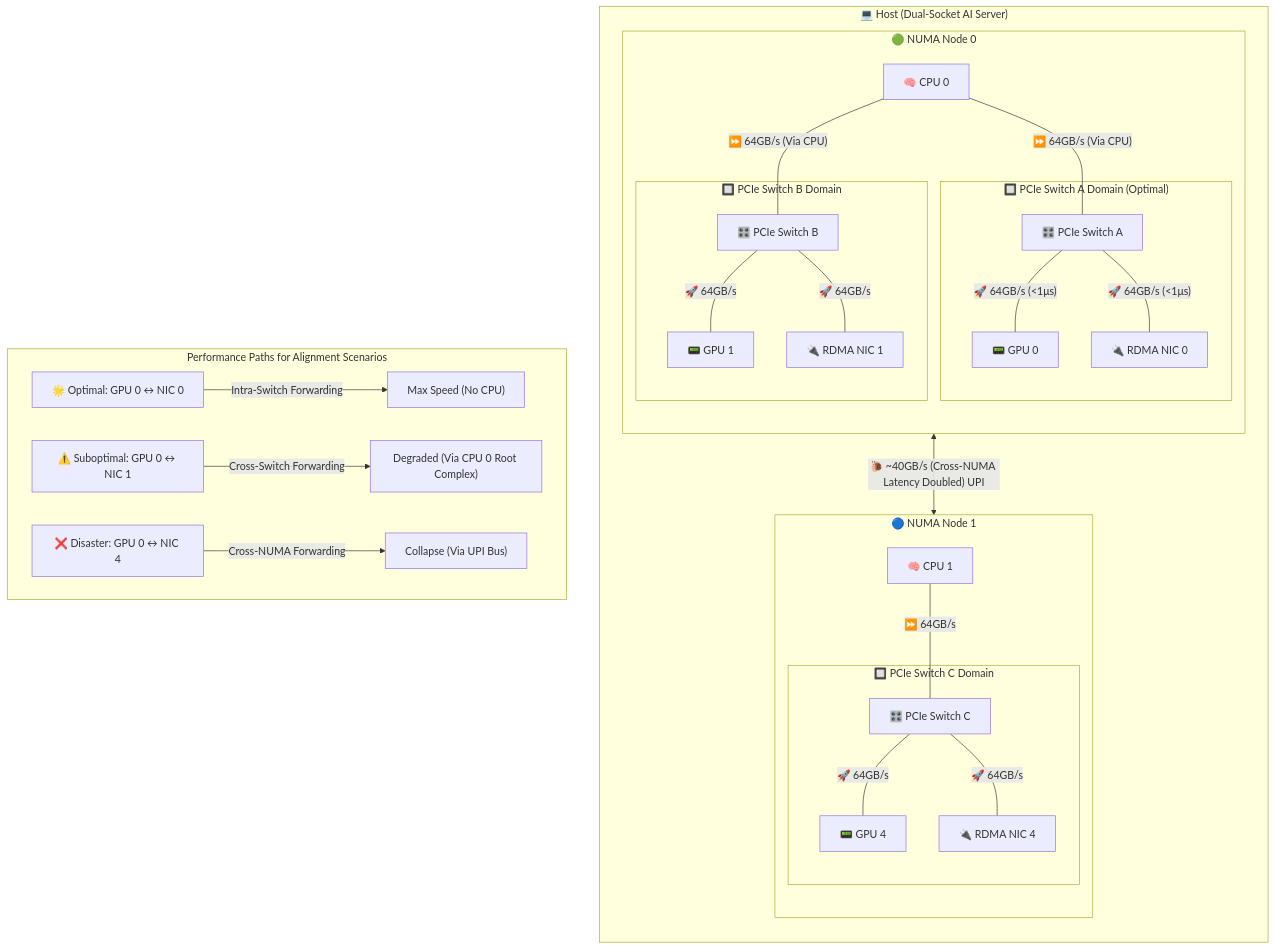
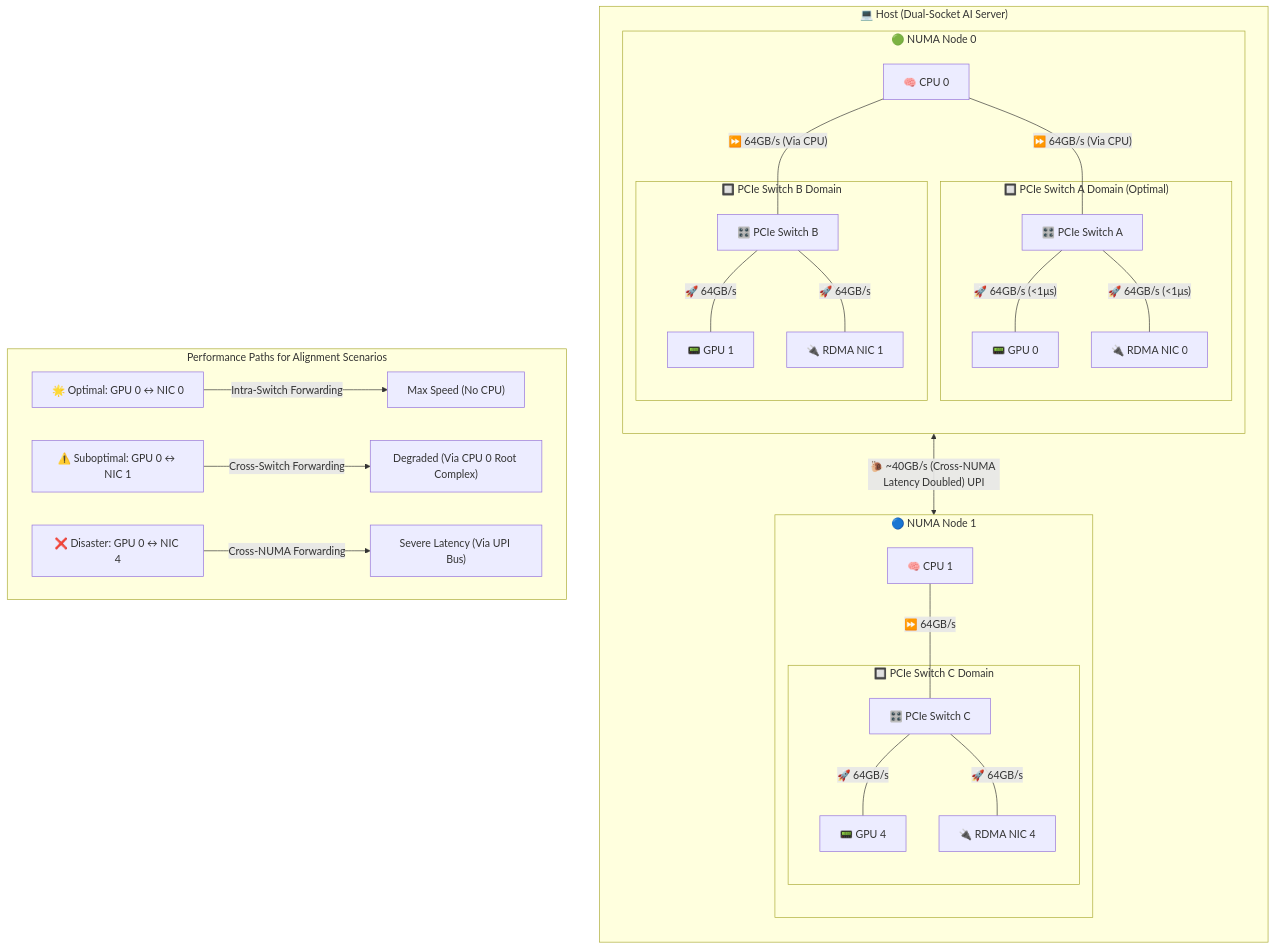
Before and after one commit to Random-Liu/llm-inference-principle-to-production: the third of 5 diagrams in parts/part5_k8s.md, drawn with Mermaid. The commit also changed other lines of this file and 1 other file, not shown here.

````diff
--- a/parts/part5_k8s.md
+++ b/parts/part5_k8s.md
@@ -322,52 +318,52 @@
 ```mermaid
 graph TD
     subgraph "💻 Host (Dual-Socket AI Server)"
         direction TB
         
         subgraph "🟢 NUMA Node 0"
             direction TB
             CPU0["🧠 CPU 0"]
             
             subgraph "🔲 PCIe Switch A Domain (Optimal)"
                 SwitchA["🎛️ PCIe Switch A"]
                 GPU0["📟 GPU 0"]
                 NIC0["🔌 RDMA NIC 0"]
                 SwitchA ---|"🚀 64GB/s (<1μs)"| GPU0
                 SwitchA ---|"🚀 64GB/s (<1μs)"| NIC0
             end
             
             subgraph "🔲 PCIe Switch B Domain"
                 SwitchB["🎛️ PCIe Switch B"]
                 GPU1["📟 GPU 1"]
                 NIC1["🔌 RDMA NIC 1"]
                 SwitchB ---|"🚀 64GB/s"| GPU1
                 SwitchB ---|"🚀 64GB/s"| NIC1
             end
             
             CPU0 ---|"⏩ 64GB/s (Via CPU)"| SwitchA
             CPU0 ---|"⏩ 64GB/s (Via CPU)"| SwitchB
         end
         
         subgraph "🔵 NUMA Node 1"
             direction TB
             CPU1["🧠 CPU 1"]
             subgraph "🔲 PCIe Switch C Domain"
                 SwitchC["🎛️ PCIe Switch C"]
                 GPU4["📟 GPU 4"]
                 NIC4["🔌 RDMA NIC 4"]
                 SwitchC ---|"🚀 64GB/s"| GPU4
                 SwitchC ---|"🚀 64GB/s"| NIC4
             end
             CPU1 ---|"⏩ 64GB/s"| SwitchC
         end
         
         CPU0 <-->|"🐌 ~40GB/s (Cross-NUMA Latency Doubled) UPI"| CPU1
     end
 
     subgraph "Performance Paths for Alignment Scenarios"
         direction LR
         Path1["🌟 Optimal: GPU 0 ↔ NIC 0"] -->|"Intra-Switch Forwarding"| Res1["Max Speed (No CPU)"]
         Path2["⚠️ Suboptimal: GPU 0 ↔ NIC 1"] -->|"Cross-Switch Forwarding"| Res2["Degraded (Via CPU 0 Root Complex)"]
-        Path3["❌ Disaster: GPU 0 ↔ NIC 4"] -->|"Cross-NUMA Forwarding"| Res3["Collapse (Via UPI Bus)"]
+        Path3["❌ Disaster: GPU 0 ↔ NIC 4"] -->|"Cross-NUMA Forwarding"| Res3["Severe Latency (Via UPI Bus)"]
     end
 ```
````
